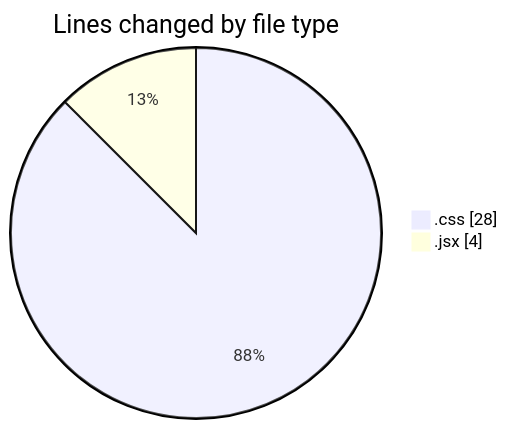
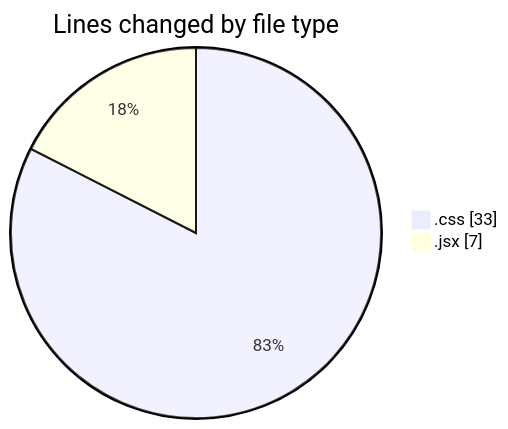
Before and after one commit to Elitesun/code-tracking: the first of 2 diagrams in 2025-02-14/elitegpt/README.md, drawn with Mermaid. The commit also changed other lines of this file and 1 other file, not shown here.

````diff
--- a/2025-02-14/elitegpt/README.md
+++ b/2025-02-14/elitegpt/README.md
@@ -23,6 +23,6 @@
 ```mermaid
 pie showData
 title Lines changed by file type
-".css" : 28
-".jsx" : 4
+".css" : 33
+".jsx" : 7
 ```
````
